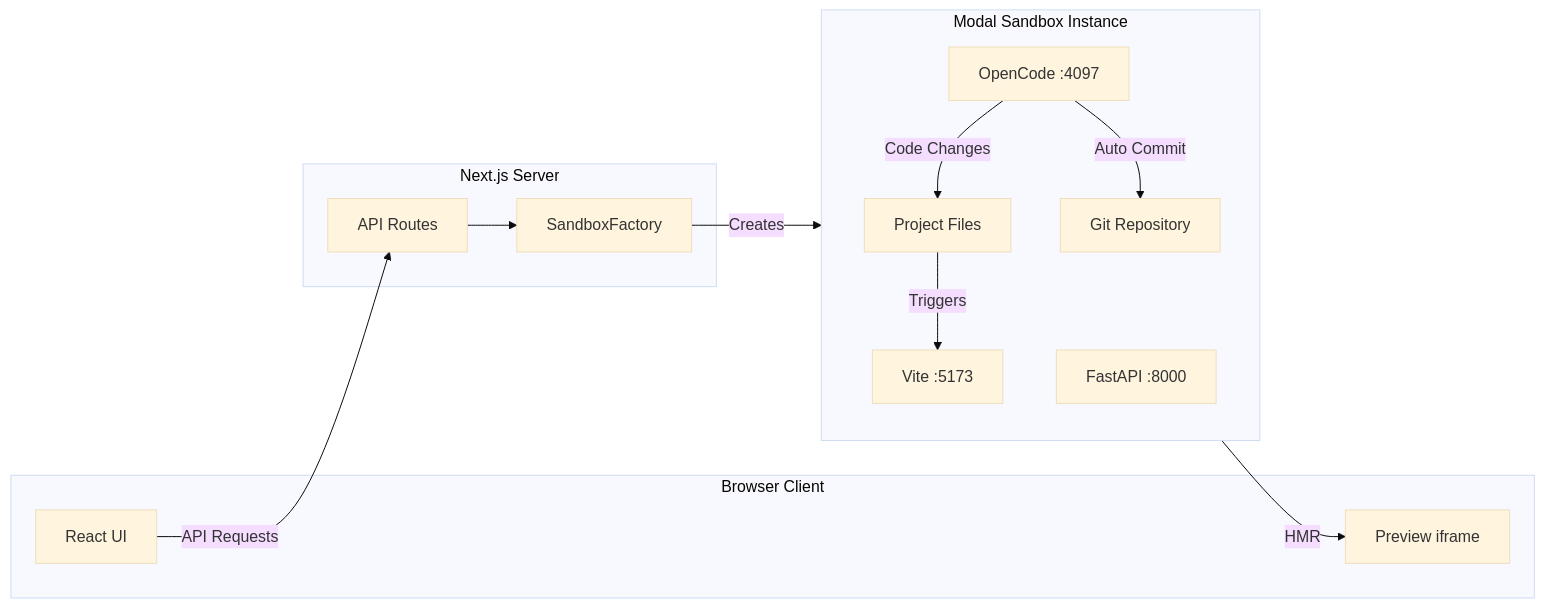
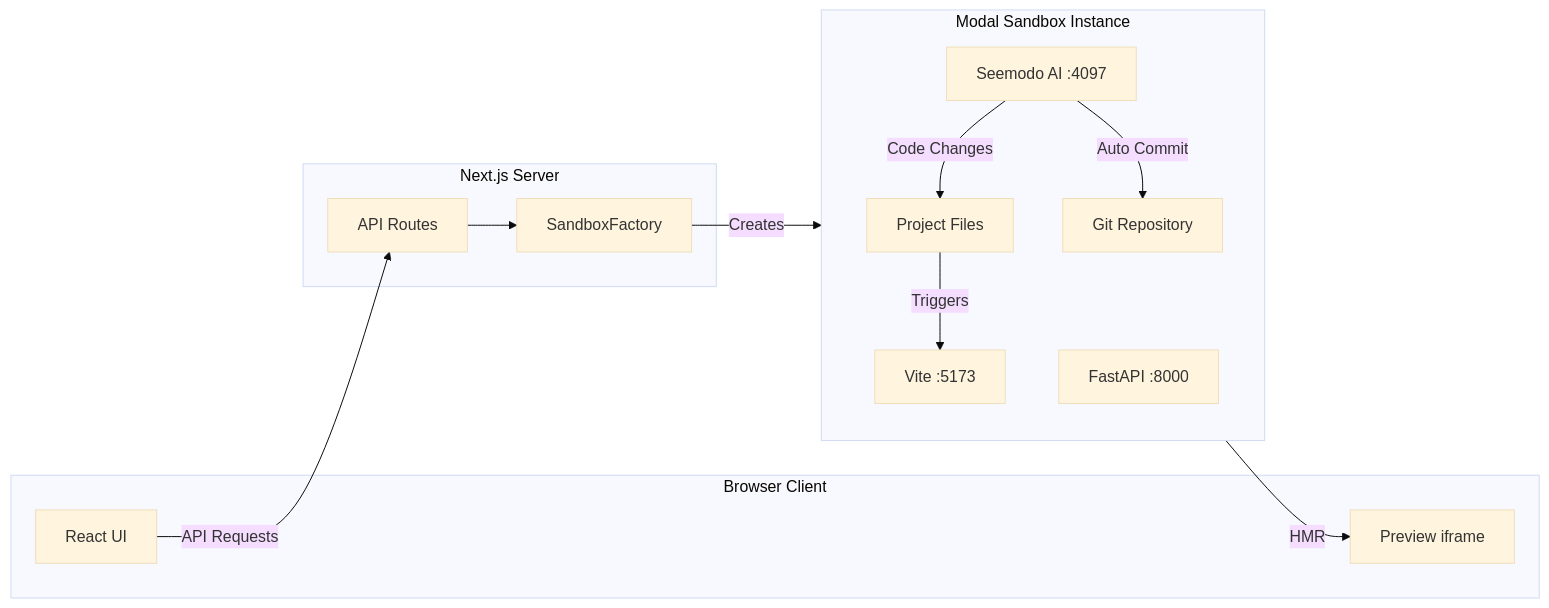
Before and after one commit to Seemodo/docs: the third of 7 diagrams in seemodo/architecture.mdx, drawn with Mermaid (base theme). The commit also changed other lines of this file and 23 other files, not shown here.

Commit message:
Update documentation to replace all instances of "OpenCode" with "Seemodo AI" across multiple files, including AGENTS.md, README.md, and various API reference documents, ensuring consistency with the new branding.

````diff
--- a/seemodo/architecture.mdx
+++ b/seemodo/architecture.mdx
@@ -135,29 +135,29 @@
 ```mermaid
 flowchart LR
     subgraph Client["Browser Client"]
         UI["React UI"]
         Preview["Preview iframe"]
     end
 
     subgraph NextJS["Next.js Server"]
         API["API Routes"]
         Factory["SandboxFactory"]
     end
 
     subgraph ModalSandbox["Modal Sandbox Instance"]
         direction TB
         ViteServer["Vite :5173"]
         FastAPIServer["FastAPI :8000"]
-        OpenCodeServer["OpenCode :4097"]
+        SeemodAIServer["Seemodo AI :4097"]
         Git["Git Repository"]
         Files["Project Files"]
     end
 
     UI -->|API Requests| API
     API --> Factory
     Factory -->|Creates| ModalSandbox
     ViteServer -->|HMR| Preview
-    OpenCodeServer -->|Code Changes| Files
+    SeemodAIServer -->|Code Changes| Files
     Files -->|Triggers| ViteServer
-    OpenCodeServer -->|Auto Commit| Git
+    SeemodAIServer -->|Auto Commit| Git
 ```
````
